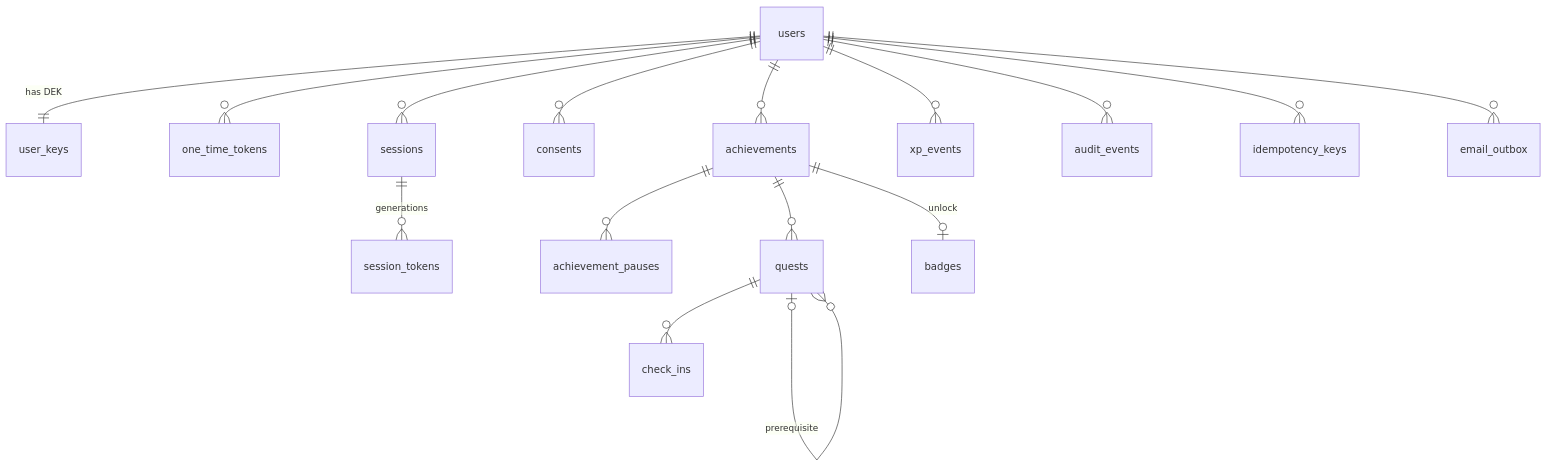
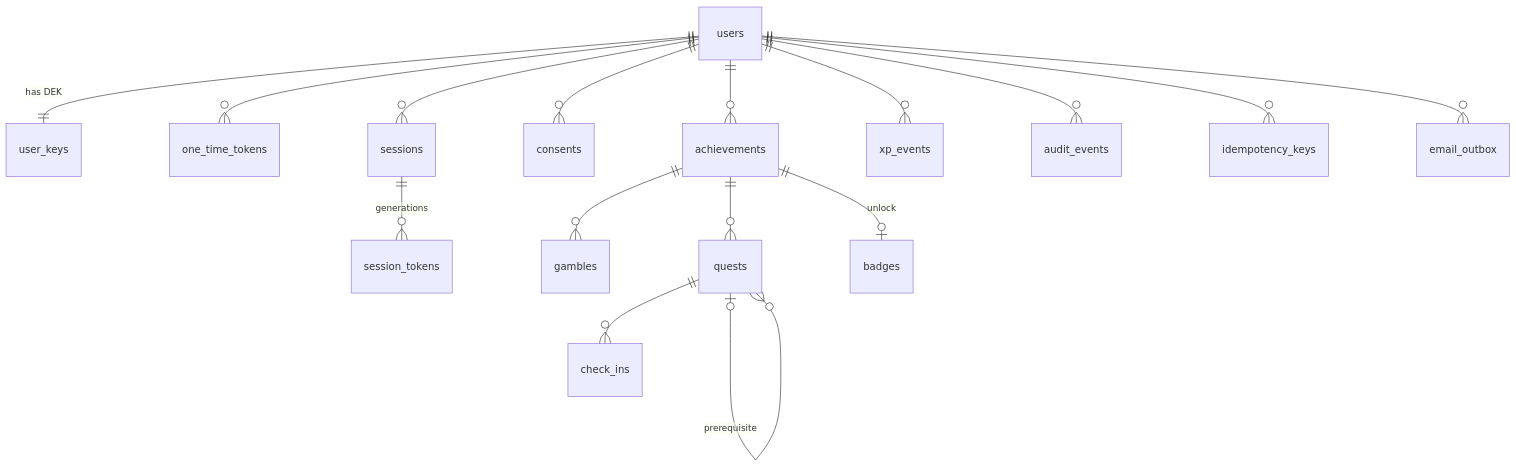
The diagram in docs/data-model.md (LordLP90000/Achievement-Tracker), drawn with Mermaid before and after one commit. The commit also changed other lines of this file, not shown here.

````diff
--- a/docs/data-model.md
+++ b/docs/data-model.md
@@ -26,18 +26,18 @@
 ```mermaid
 erDiagram
     users ||--|| user_keys : "has DEK"
     users ||--o{ one_time_tokens : ""
     users ||--o{ sessions : ""
     sessions ||--o{ session_tokens : "generations"
     users ||--o{ consents : ""
     users ||--o{ achievements : ""
-    achievements ||--o{ achievement_pauses : ""
+    achievements ||--o{ gambles : ""
     achievements ||--o{ quests : ""
     quests |o--o{ quests : "prerequisite"
     quests ||--o{ check_ins : ""
     users ||--o{ xp_events : ""
     achievements ||--o| badges : "unlock"
     users ||--o{ audit_events : ""
     users ||--o{ idempotency_keys : ""
     users ||--o{ email_outbox : ""
 ```
````
